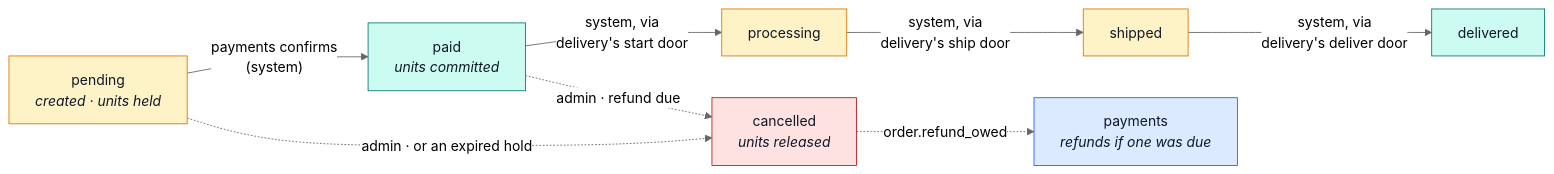
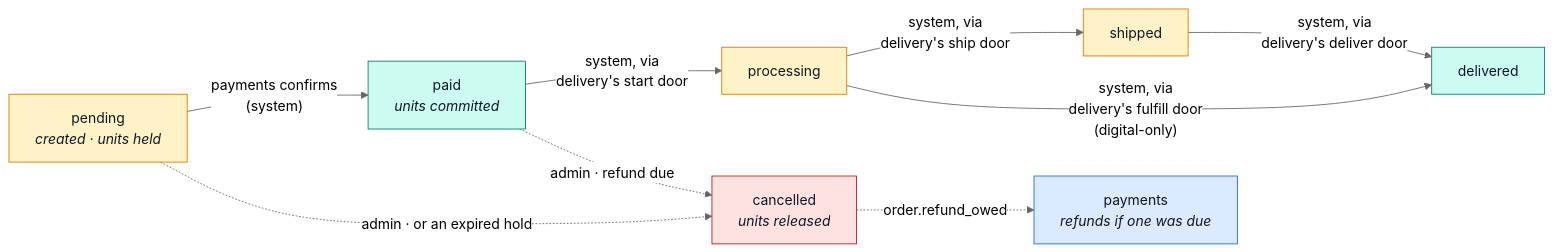
Before and after one commit to Guebbit/boilerplate-node-backend: the second of 2 diagrams in docs/modules/orders.md, drawn with Mermaid (neutral theme). The commit also changed other lines of this file and 6 other files, not shown here.

````diff
--- a/docs/modules/orders.md
+++ b/docs/modules/orders.md
@@ -140,20 +141,21 @@
 ```mermaid
 %%{init: {'flowchart': {'nodeSpacing': 30, 'rankSpacing': 55}}}%%
 flowchart LR
     P["pending<br/><i>created · units held</i>"] -->|"payments confirms<br/>(system)"| PA["paid<br/><i>units committed</i>"]
     PA -->|"system, via<br/>delivery's start door"| PR["processing"]
     PR -->|"system, via<br/>delivery's ship door"| SH["shipped"]
     SH -->|"system, via<br/>delivery's deliver door"| DE["delivered"]
+    PR -->|"system, via<br/>delivery's fulfill door<br/>(digital-only)"| DE
     P -.->|"admin · or an expired hold"| CA["cancelled<br/><i>units released</i>"]
     PA -.->|"admin · refund due"| CA
     CA -. "order.refund_owed" .-> PM["payments<br/><i>refunds if one was due</i>"]
 
     classDef open fill:#fef3c7,stroke:#d97706,color:#111827;
     classDef done fill:#ccfbf1,stroke:#0f766e,color:#111827;
     classDef bad fill:#fee2e2,stroke:#b91c1c,color:#111827;
     classDef peer fill:#dbeafe,stroke:#2563eb,color:#111827;
     class P,PR,SH open;
     class PA,DE done;
     class CA bad;
     class PM peer;
 ```
````
